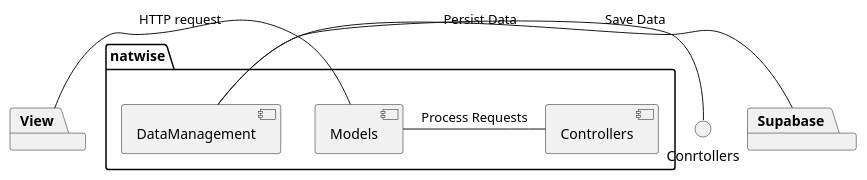
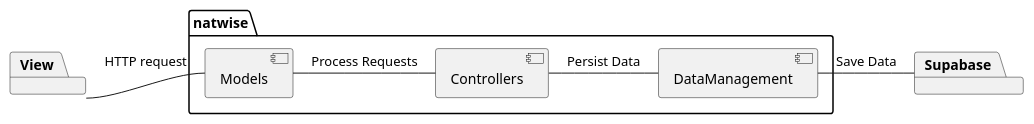
Before and after one commit to mpoboas/natwise: the diagram in docs/Level2/LogicalView.puml, drawn with PlantUML. The commit also changed 4 other files, not shown here.

```diff
--- a/docs/Level2/LogicalView.puml
+++ b/docs/Level2/LogicalView.puml
@@ -1,20 +1,20 @@
 @startuml LogicalView
 
 package View {
 }
 
 package natwise {
     [Models]
     [Controllers]
     [DataManagement]
 }
 
 package Supabase {
 }
 
 View - Models : HTTP request
 Models - Controllers : Process Requests
-Conrtollers - DataManagement : Persist Data
+[Controllers] - DataManagement : Persist Data
 DataManagement - Supabase: Save Data
 
 @enduml
```
